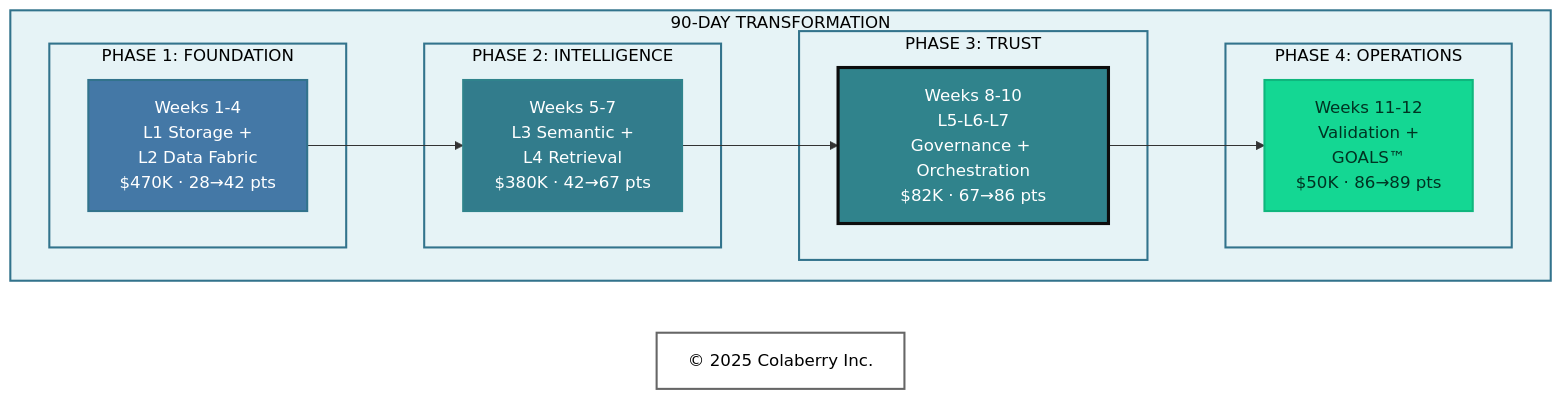
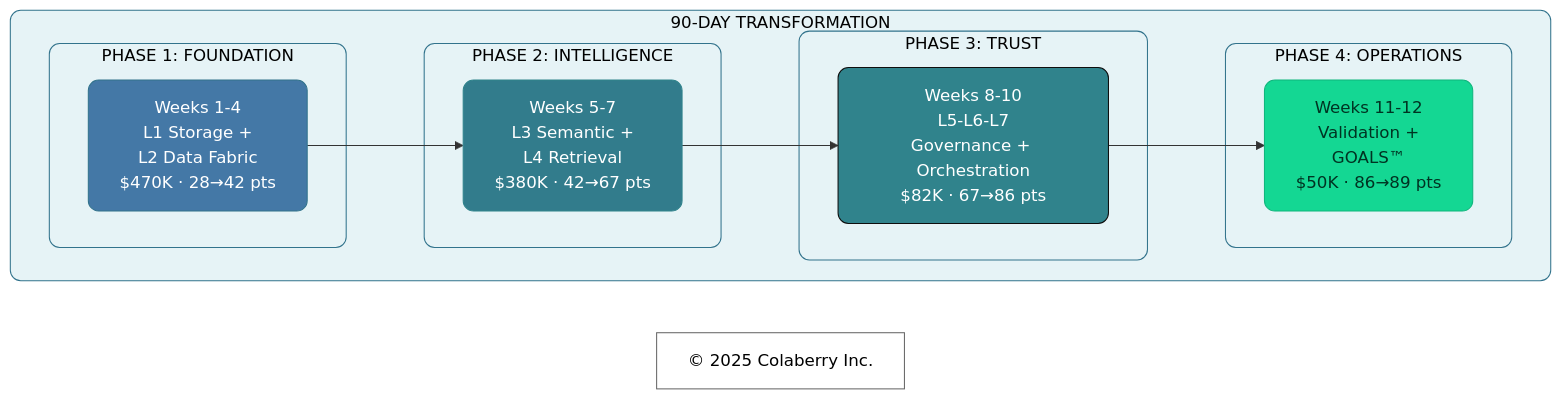
Before and after one commit to colaberry/trust-before-intelligence-book: the second of 7 diagrams in manuscript/11_chapter_10_week_by_week_implementation.md, drawn with Mermaid. The commit also changed other lines of this file and 12 other files, not shown here.

````diff
--- a/manuscript/11_chapter_10_week_by_week_implementation.md
+++ b/manuscript/11_chapter_10_week_by_week_implementation.md
@@ -95,38 +95,38 @@
 ```mermaid
 
 graph LR
     subgraph JOURNEY["90-DAY TRANSFORMATION"]
         direction LR
         subgraph PHASE1["PHASE 1: FOUNDATION"]
             P1["Weeks 1-4<br/>L1 Storage +<br/> L2 Data Fabric<br/>$470K · 28→42 pts"]
         end
         
         subgraph PHASE2["PHASE 2: INTELLIGENCE"]
             P2["Weeks 5-7<br/>L3 Semantic +<br/> L4 Retrieval<br/>$380K · 42→67 pts"]
         end
         
         subgraph PHASE3["PHASE 3: TRUST"]
             P3["Weeks 8-10<br/>L5-L6-L7<br/>Governance + Orchestration<br/>$82K · 67→86 pts"]
         end
         
         subgraph PHASE4["PHASE 4: OPERATIONS"]
             P4["Weeks 11-12<br/>Validation +<br/> GOALS™<br/>$50K · 86→89 pts"]
         end
     end
     
     Copyright["© 2025 Colaberry Inc."]
     
     P1 --> P2 --> P3 --> P4
     
-    style JOURNEY fill:#E6F3F6,stroke:#32738C,stroke-width:2px,color:#000000
-    style PHASE1 fill:#E6F3F6,stroke:#32738C,stroke-width:2px,color:#000000
-    style PHASE2 fill:#E6F3F6,stroke:#32738C,stroke-width:2px,color:#000000
-    style PHASE3 fill:#E6F3F6,stroke:#32738C,stroke-width:2px,color:#000000
-    style PHASE4 fill:#E6F3F6,stroke:#32738C,stroke-width:2px,color:#000000
-    style P1 fill:#4478A6,stroke:#32738C,stroke-width:2px,color:#ffffff
-    style P2 fill:#327C8C,stroke:#30838C,stroke-width:2px,color:#ffffff
-    style P3 fill:#30838C,stroke:#0D0D0D,stroke-width:3px,color:#ffffff
-    style P4 fill:#14D793,stroke:#0FB67D,stroke-width:2px,color:#003322
-    style Copyright fill:#ffffff,stroke:#666666,stroke-width:2px,color:#000000
+    style JOURNEY fill:#E6F3F6,stroke:#32738C,stroke-width:1px,color:#000000,rx:10,ry:10
+    style PHASE1 fill:#E6F3F6,stroke:#32738C,stroke-width:1px,color:#000000,rx:10,ry:10
+    style PHASE2 fill:#E6F3F6,stroke:#32738C,stroke-width:1px,color:#000000,rx:10,ry:10
+    style PHASE3 fill:#E6F3F6,stroke:#32738C,stroke-width:1px,color:#000000,rx:10,ry:10
+    style PHASE4 fill:#E6F3F6,stroke:#32738C,stroke-width:1px,color:#000000,rx:10,ry:10
+    style P1 fill:#4478A6,stroke:#32738C,stroke-width:1px,color:#ffffff,rx:10,ry:10
+    style P2 fill:#327C8C,stroke:#30838C,stroke-width:1px,color:#ffffff,rx:10,ry:10
+    style P3 fill:#30838C,stroke:#0D0D0D,stroke-width:1px,color:#ffffff,rx:10,ry:10
+    style P4 fill:#14D793,stroke:#0FB67D,stroke-width:1px,color:#003322,rx:10,ry:10
+    style Copyright fill:none,stroke:#666666,stroke-width:1px,color:#000000
 
 ```
````
